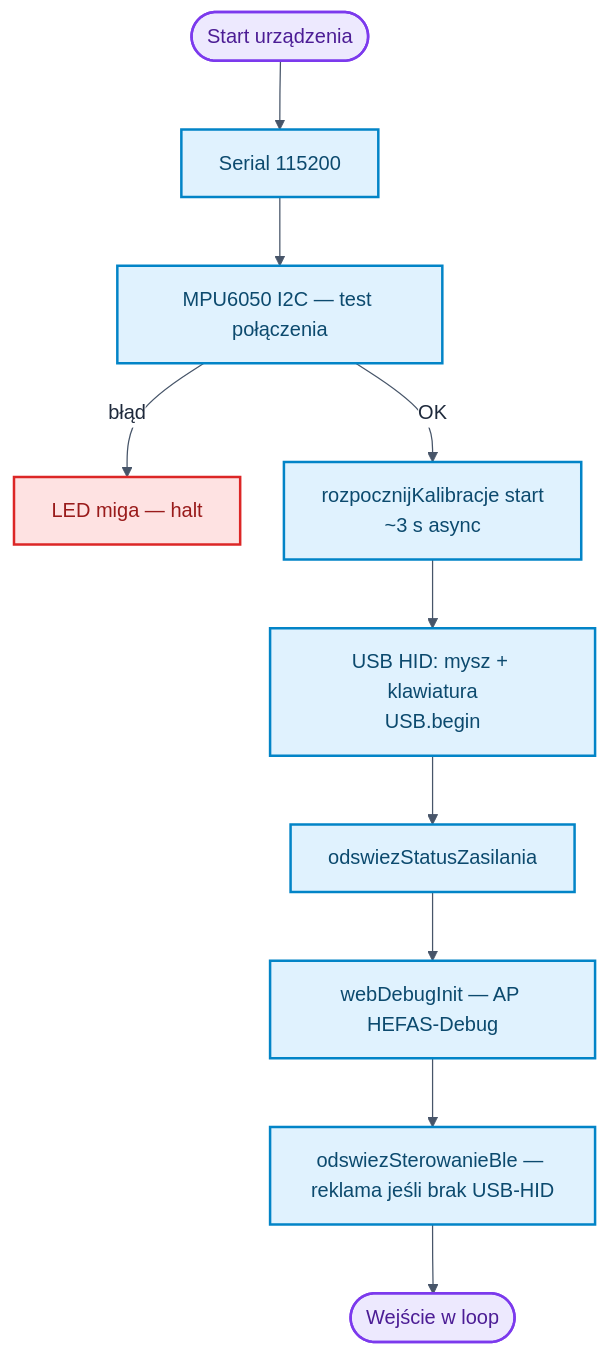
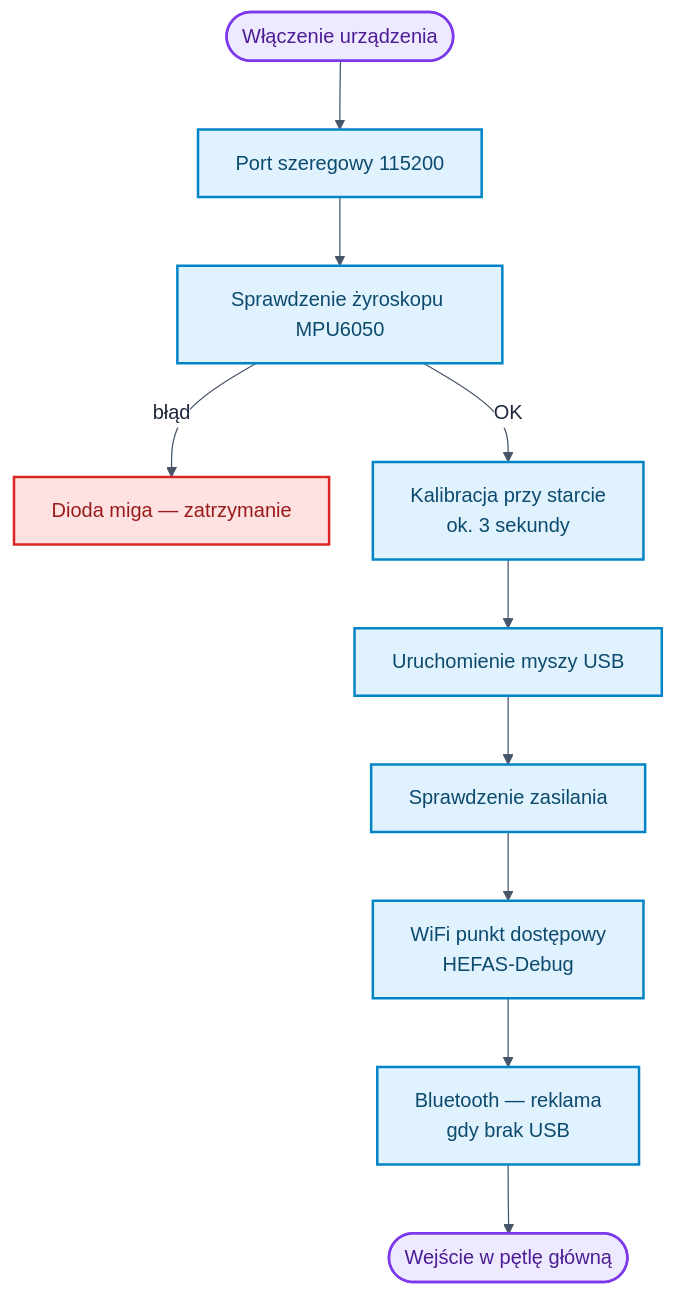
The second of 10 diagrams in README.md (bartkadres-ai/HEFAS-4.0), drawn with Mermaid before and after one commit. The commit also changed other lines of this file, not shown here.

````diff
--- a/README.md
+++ b/README.md
@@ -323,20 +323,20 @@
 ```mermaid
-%%{init: {'theme':'base','themeVariables':{'background':'#ffffff','mainBkg':'#ffffff','primaryColor':'#ffffff','primaryTextColor':'#1e293b','primaryBorderColor':'#64748b','lineColor':'#475569','edgeLabelBackground':'#ffffff'},'flowchart':{'curve':'basis','nodeSpacing':35,'rankSpacing':55}}}%%
+%%{init: {"theme":"base","themeVariables":{"background":"#ffffff","mainBkg":"#ffffff","secondaryColor":"#ffffff","tertiaryColor":"#ffffff","primaryColor":"#ffffff","primaryTextColor":"#1e293b","secondaryTextColor":"#1e293b","tertiaryTextColor":"#1e293b","primaryBorderColor":"#64748b","lineColor":"#475569","clusterBkg":"#f8fafc","clusterBorder":"#cbd5e1","edgeLabelBackground":"#ffffff","textColor":"#1e293b"},"themeCSS":".mermaid,.mermaid svg{background-color:#ffffff!important;padding:8px}.nodeLabel,.edgeLabel,.label,.cluster-label{color:#1e293b!important}.cluster rect{fill:#f8fafc!important;stroke:#cbd5e1!important}","flowchart":{"curve":"basis","nodeSpacing":35,"rankSpacing":55}}}%%
 flowchart TD
-    S([Start urządzenia]) --> SER[Serial 115200]
-    SER --> I2C[MPU6050 I2C — test połączenia]
-    I2C -->|błąd| BLINK[LED miga — halt]
-    I2C -->|OK| KAL0["rozpocznijKalibracje start<br/>~3 s async"]
-    KAL0 --> USB["USB HID: mysz + klawiatura<br/>USB.begin"]
-    USB --> ZAS0[odswiezStatusZasilania]
-    ZAS0 --> WD[webDebugInit — AP HEFAS-Debug]
-    WD --> BLE0[odswiezSterowanieBle — reklama jeśli brak USB-HID]
-    BLE0 --> E([Wejście w loop])
+    S([Włączenie urządzenia]) --> SER[Port szeregowy 115200]
+    SER --> I2C[Sprawdzenie żyroskopu MPU6050]
+    I2C -->|błąd| BLINK[Dioda miga — zatrzymanie]
+    I2C -->|OK| KAL0["Kalibracja przy starcie<br/>ok. 3 sekundy"]
+    KAL0 --> USB["Uruchomienie myszy USB"]
+    USB --> ZAS0[Sprawdzenie zasilania]
+    ZAS0 --> WD["WiFi punkt dostępowy<br/>HEFAS-Debug"]
+    WD --> BLE0["Bluetooth — reklama<br/>gdy brak USB"]
+    BLE0 --> E([Wejście w pętlę główną])
 
     classDef startEnd fill:#ede9fe,stroke:#7c3aed,stroke-width:2px,color:#4c1d95
     classDef process fill:#e0f2fe,stroke:#0284c7,stroke-width:2px,color:#0c4a6e
     classDef bad fill:#fee2e2,stroke:#dc2626,stroke-width:2px,color:#991b1b
     class S,E startEnd
     class SER,I2C,KAL0,USB,ZAS0,WD,BLE0 process
     class BLINK bad
 ```
````
